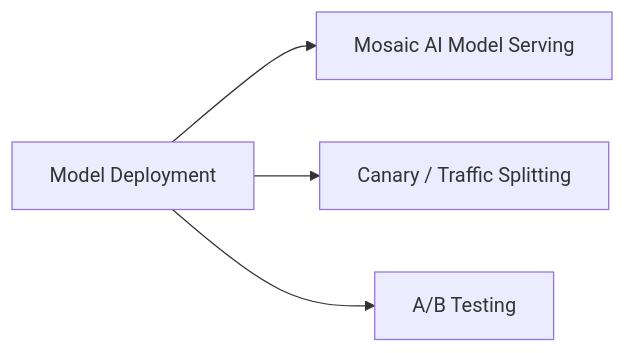
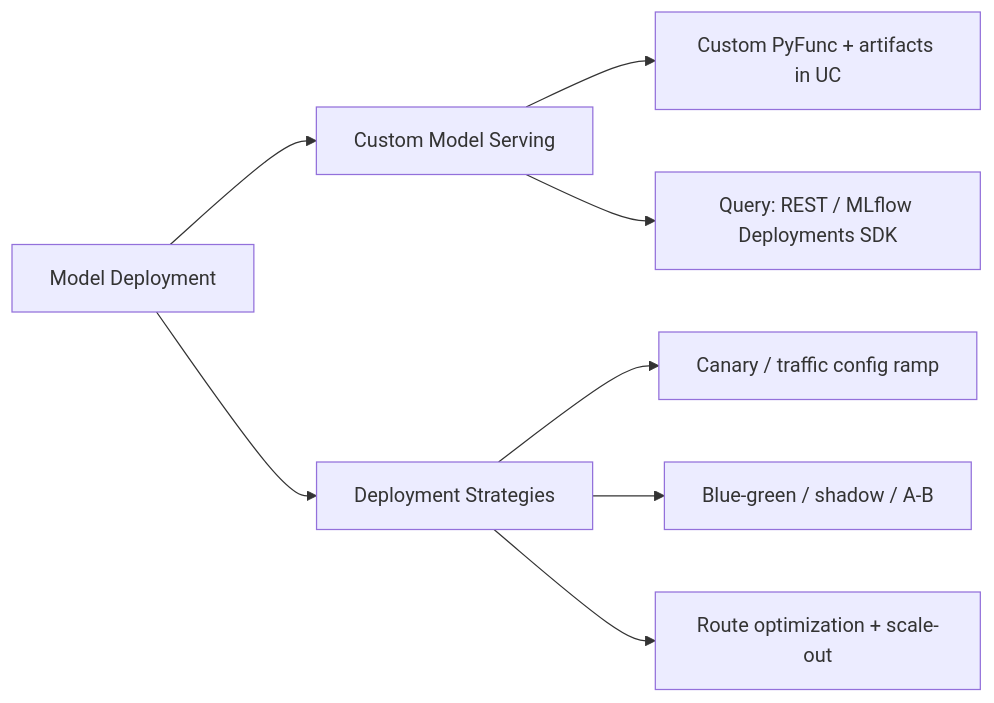
The diagram in certifications/ml-professional/03-model-deployment/README.md (kengio/databricks-certification-study-guide), drawn with Mermaid before and after one commit. The commit also changed other lines of this file and 36 other files, not shown here.

````diff
--- a/certifications/ml-professional/03-model-deployment/README.md
+++ b/certifications/ml-professional/03-model-deployment/README.md
@@ -18,6 +18,10 @@
 ```mermaid
 flowchart LR
-    MD[Model Deployment] --> Serve[Mosaic AI Model Serving]
-    MD --> Canary[Canary / Traffic Splitting]
-    MD --> AB[A/B Testing]
+    MD[Model Deployment] --> CMS[Custom Model Serving]
+    MD --> DS[Deployment Strategies]
+    CMS --> Reg[Custom PyFunc + artifacts in UC]
+    CMS --> Q[Query: REST / MLflow Deployments SDK]
+    DS --> Canary[Canary / traffic config ramp]
+    DS --> BG[Blue-green / shadow / A-B]
+    DS --> RO[Route optimization + scale-out]
 ```
````
